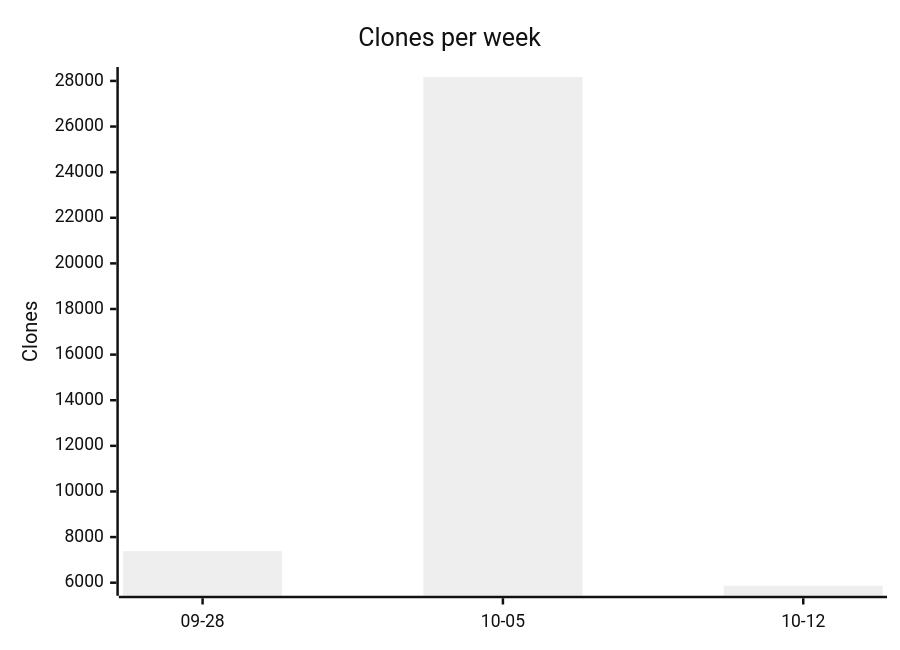
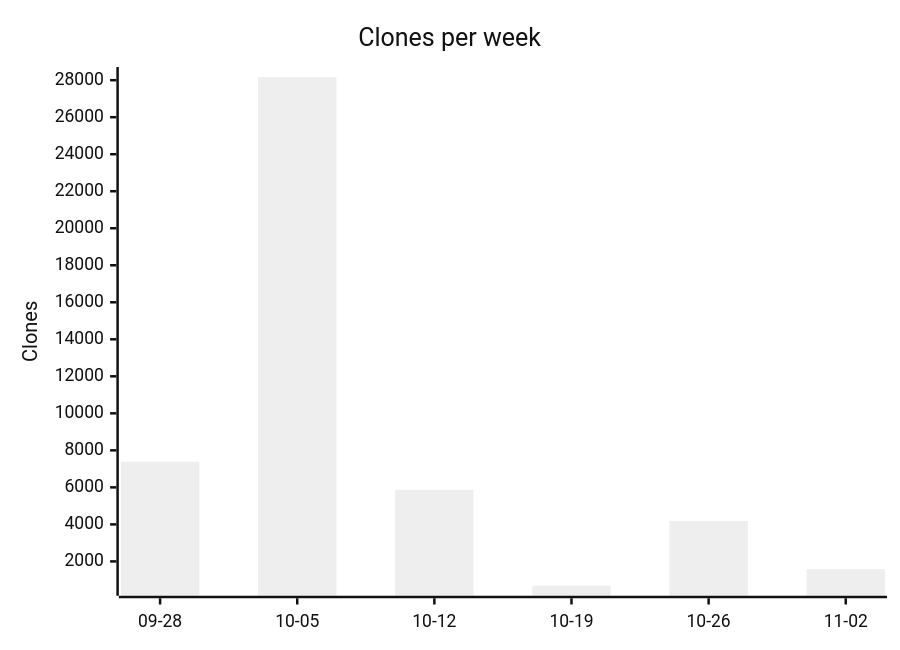
The third of 3 diagrams in docs/traffic/README.md (IBM/AssetOpsBench), drawn with Mermaid (neutral theme) before and after one commit. The commit also changed other lines of this file and 5 other files, not shown here.

````diff
--- a/docs/traffic/README.md
+++ b/docs/traffic/README.md
@@ -36,7 +38,7 @@
 ```mermaid
 xychart-beta
     title "Clones per week"
-    x-axis ["09-28", "10-05", "10-12"]
+    x-axis ["09-28", "10-05", "10-12", "10-19", "10-26", "11-02"]
     y-axis "Clones"
-    bar [7384, 28172, 5866]
+    bar [7384, 28172, 5866, 684, 4186, 1580]
 ```
````
